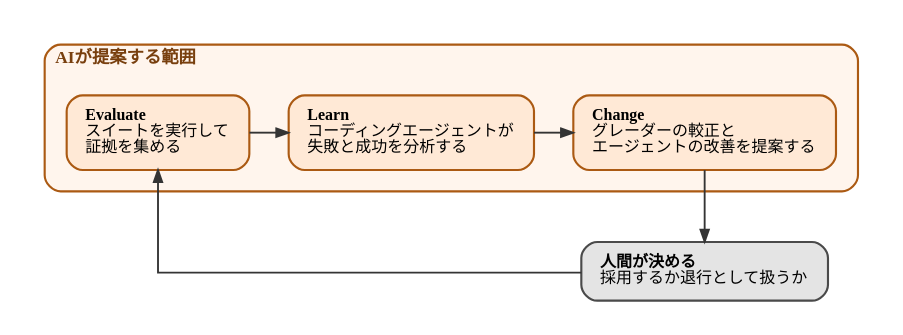
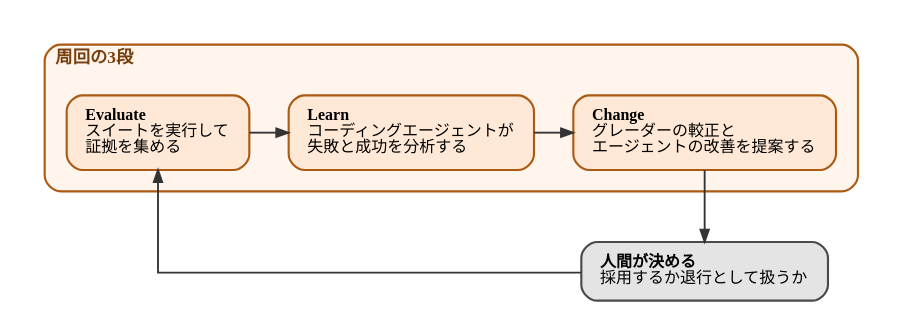
One commit to ymotongpoo/zenn.dev changed the diagram in diagrams/20260929-agent-eval-loop/20260929-eval-loop.dot. Above: the diagram before and after it, drawn with Graphviz. The commit also changed 6 other files, not shown here.

```diff
--- a/diagrams/20260929-agent-eval-loop/20260929-eval-loop.dot
+++ b/diagrams/20260929-agent-eval-loop/20260929-eval-loop.dot
@@ -1,80 +1,80 @@
 // 記事「オブザーバビリティのAIエージェントをどう評価するか」用。
 // Evaluate / Learn / Change の3段と、人間が決める位置を示す。
 //
 // 出典: Yasir Ekinci「Building an evaluation loop for Grafana Assistant」
 // "It is a practical loop where AI proposes, benchmarks verify, and humans decide."
 //
 // 色はブランドパレットに従う。周回の3段は主系列（Orange）、人間の判断は中立（Neutral）。
 // 矢印はすべて実線（周回の本筋であり、従属・非同期の経路はない）。
 //
 // レイアウトの経緯:
 // 周回3段を rank=same で横に並べ、人間の判断をその下のランクに置く。こうすると
 // 戻りの辺は「人間が決める」から左へ回り、クラスタの下辺よりさらに下を通って
 // Evaluate の下端に届く。枠との間隔も ranksep で制御できる。
 //
 // 却下した案:
 //   - 3段を縦（rankdir=TB）に並べて human を下に置く: 戻りの辺が
 //     lhead=cluster_auto ありなら枠で止まって Evaluate に届かず、なしなら
 //     枠の内側を這う
 //   - 3段を横に並べて human を右隣のランクに置く: 戻りの辺が枠の下辺から
 //     2.1pt しか離れず、線が枠に張り付いて見える
 //   - クラスタの margin を広げる / クラスタ内に不可視ノードを足す: 枠が
 //     広がるだけで、辺は枠の内側を横切るようになり悪化する
 //
 // 辺のラベルは付けない（クラスタをまたぐ辺は枠線を跨ぐため）。矢印の意味は
 // キャプションで宣言する。
 digraph eval_loop {
   graph [
     fontname="IBM Plex Sans JP", fontsize=13,
     rankdir=TB,
     compound=true, splines=ortho,
     nodesep=0.4, ranksep=0.75, pad=0.25,
     bgcolor="white", newrank=true
   ];
   node [
     fontname="IBM Plex Sans JP", fontsize=12,
     shape=box, style="rounded,filled",
     fillcolor="#F1F1F1", color="#4A4A4A", penwidth=1.6,
     margin="0.2,0.14"
   ];
   edge [
     fontname="IBM Plex Sans JP", fontsize=11,
     color="#343434", penwidth=1.4, arrowsize=0.9,
     fontcolor="#171717"
   ];
 
   subgraph cluster_auto {
     graph [
-      label=<<b>AIが提案する範囲</b>>,
+      label=<<b>周回の3段</b>>,
       labeljust="l",
       style="rounded", color="#AB5A13", penwidth=1.6,
       margin=16, bgcolor="#FFF5ED",
       fontcolor="#783F0E"
     ];
 
     evaluate [
       label=<<b>Evaluate</b><br align="left"/>スイートを実行して<br align="left"/>証拠を集める<br align="left"/>>,
       fillcolor="#FFE9D6", color="#AB5A13"
     ];
     learn [
       label=<<b>Learn</b><br align="left"/>コーディングエージェントが<br align="left"/>失敗と成功を分析する<br align="left"/>>,
       fillcolor="#FFE9D6", color="#AB5A13"
     ];
     change [
       label=<<b>Change</b><br align="left"/>グレーダーの較正と<br align="left"/>エージェントの改善を提案する<br align="left"/>>,
       fillcolor="#FFE9D6", color="#AB5A13"
     ];
 
     { rank=same; evaluate; learn; change; }
     evaluate -> learn;
     learn -> change;
   }
 
   human [
     label=<<b>人間が決める</b><br align="left"/>採用するか退行として扱うか<br align="left"/>>,
     fillcolor="#E4E4E4", color="#4A4A4A"
   ];
 
   change -> human;
   human -> evaluate [constraint=false];
 }
```
